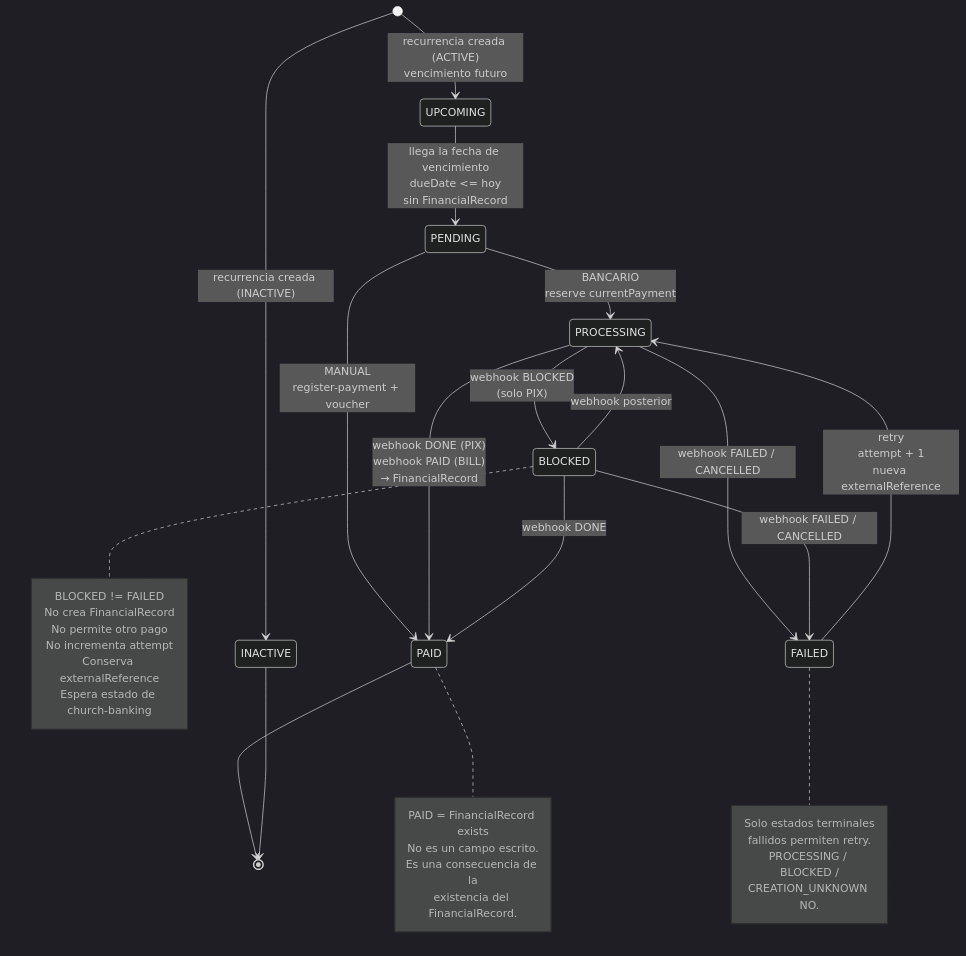
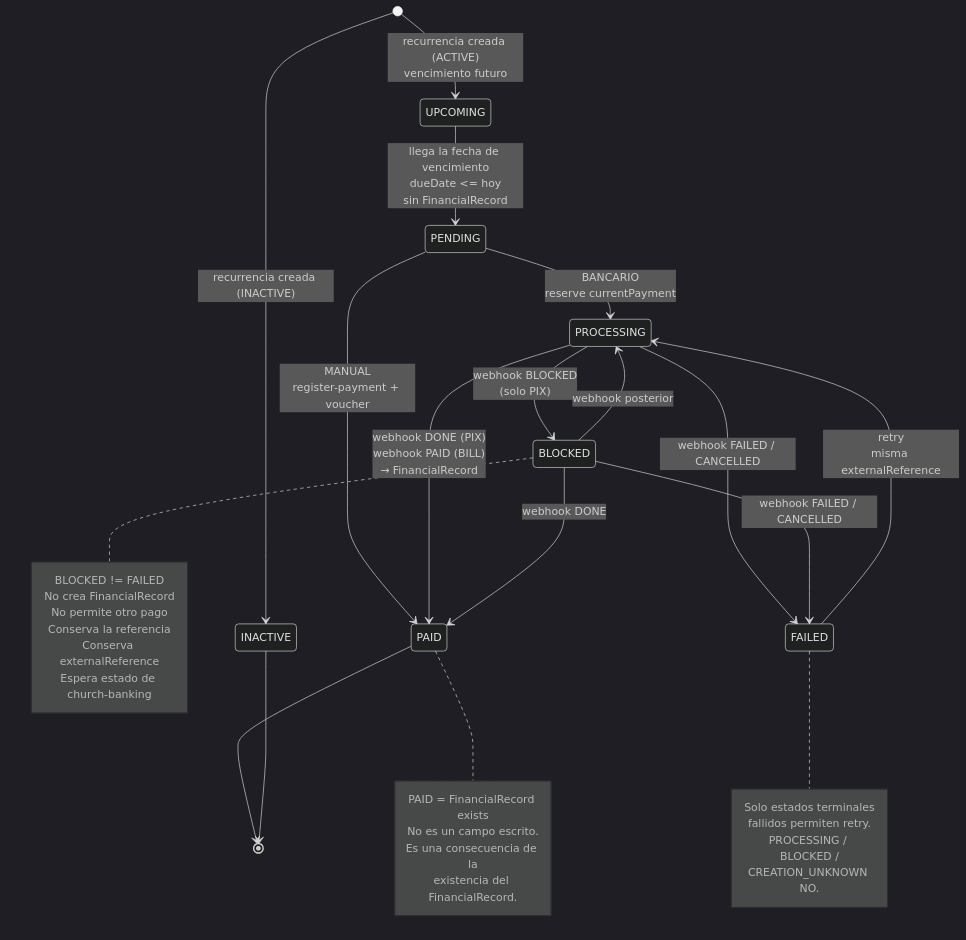
Diagram 14 of 18 in docs/recurring-payments-diagrams.md (gloriafinance/gloria_finance_api), drawn with Mermaid (dark theme) before and after one commit. The commit also changed other lines of this file and 31 other files, not shown here.

````diff
--- a/docs/recurring-payments-diagrams.md
+++ b/docs/recurring-payments-diagrams.md
@@ -598,48 +619,48 @@
 ```mermaid
 stateDiagram-v2
     direction TB
 
     [*] --> UPCOMING: recurrencia creada (ACTIVE)<br/>vencimiento futuro
     [*] --> INACTIVE: recurrencia creada (INACTIVE)
 
     UPCOMING --> PENDING: llega la fecha de vencimiento<br/>dueDate <= hoy<br/>sin FinancialRecord
 
     PENDING --> PAID: MANUAL<br/>register-payment + voucher
     PENDING --> PROCESSING: BANCARIO<br/>reserve currentPayment
 
     PROCESSING --> PAID: webhook DONE (PIX)<br/>webhook PAID (BILL)<br/>→ FinancialRecord
     PROCESSING --> FAILED: webhook FAILED / CANCELLED
     PROCESSING --> BLOCKED: webhook BLOCKED<br/>(solo PIX)
 
     BLOCKED --> PROCESSING: webhook posterior
     BLOCKED --> PAID: webhook DONE
     BLOCKED --> FAILED: webhook FAILED / CANCELLED
 
-    FAILED --> PROCESSING: retry<br/>attempt + 1<br/>nueva externalReference
+    FAILED --> PROCESSING: retry<br/>misma externalReference
 
     PAID --> [*]
     INACTIVE --> [*]
 
     note right of PAID
         PAID = FinancialRecord exists
         No es un campo escrito.
         Es una consecuencia de la
         existencia del FinancialRecord.
     end note
 
     note right of BLOCKED
         BLOCKED != FAILED
         No crea FinancialRecord
         No permite otro pago
-        No incrementa attempt
+        Conserva la referencia
         Conserva externalReference
         Espera estado de church-banking
     end note
 
     note right of FAILED
         Solo estados terminales
         fallidos permiten retry.
         PROCESSING / BLOCKED /
         CREATION_UNKNOWN NO.
     end note
 ```
````
